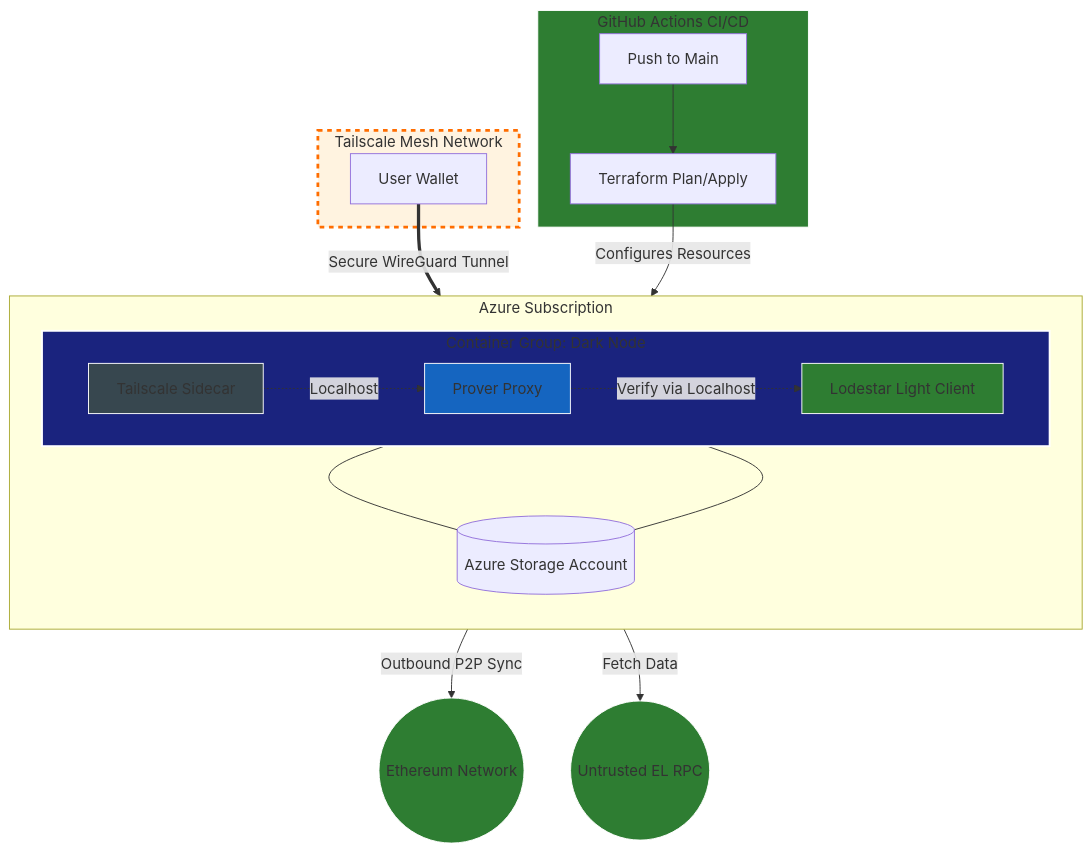
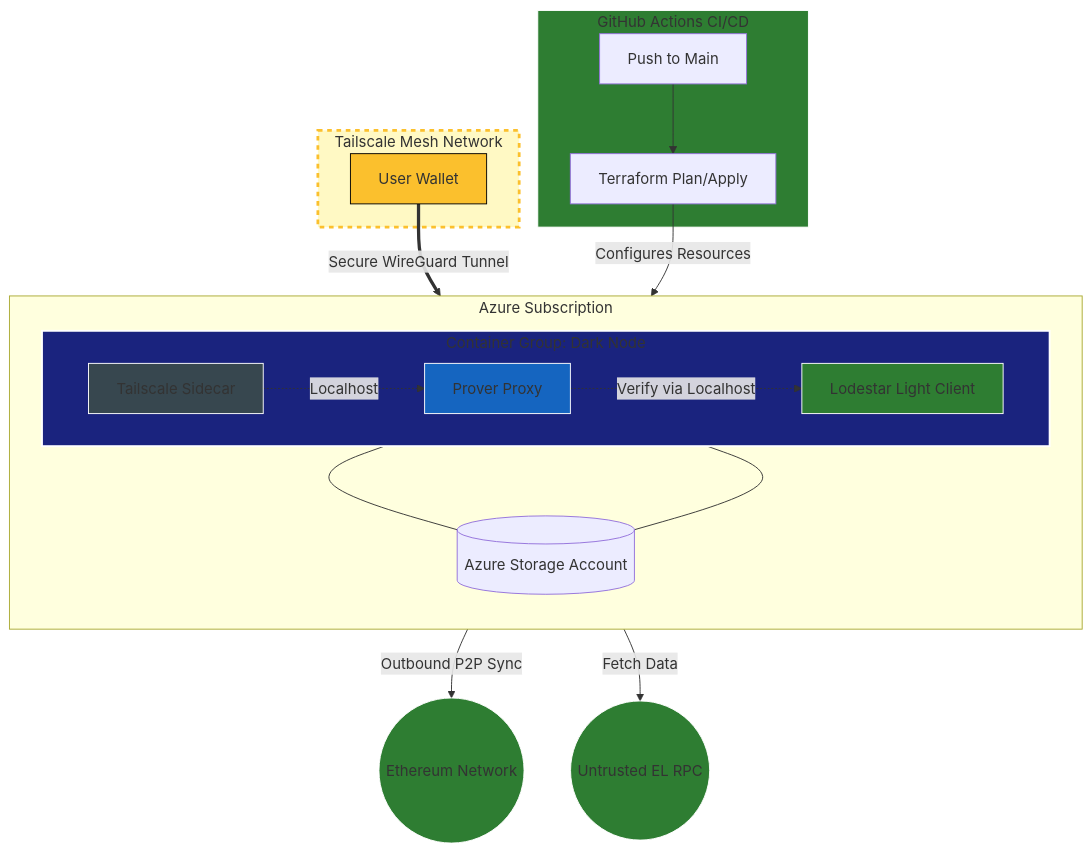
One commit to vfr750y/Cost-Optimized-Ethereum-Node-On-Azure changed the first of 3 diagrams in LowLevelDesign.md. Above: the diagram before and after it, drawn with Mermaid.

Commit message:
edit LLD

````diff
--- a/LowLevelDesign.md
+++ b/LowLevelDesign.md
@@ -20,53 +20,54 @@
 ```mermaid
 graph TD
     subgraph GitHub_Actions [GitHub Actions CI/CD]
         A[Push to Main] --> B[Terraform Plan/Apply]
     end
 
     subgraph Azure_Cloud [Azure Subscription]
         direction TB
         
         subgraph ACI_Group [Container Group: Dark Node]
             direction LR
             L[Lodestar Light Client]
             P[Prover Proxy]
             T[Tailscale Sidecar]
         end
 
         SA[(Azure Storage Account)]
     end
 
     %% Deployment Flow
     B -- "Configures Resources" --> ACI_Group
     
     %% Internet Traffic Flow (Outbound Only)
     L -- "Outbound P2P Sync" --> Internet((Ethereum Network))
     P -- "Fetch Data" --> Provider((Untrusted EL RPC))
     
     %% Storage Persistence
     L --- SA
     T --- SA
 
     %% Private Access Flow (Inbound via Tunnel)
     subgraph Private_Mesh [Tailscale Mesh Network]
         Remote_User[User Wallet]
     end
 
     Remote_User == "Secure WireGuard Tunnel" ==> T
     
     %% Internal Logic (Localhost)
     T -. "Localhost" .-> P
     P -. "Verify via Localhost" .-> L
 
     %% High-Contrast Styling
     style ACI_Group fill:#1a237e,stroke:#ffffff,stroke-width:2px,color:#ffffff %% Deep Navy Blue
-    style Private_Mesh fill:#fff3e0,stroke:#ff6d00,stroke-width:3px,stroke-dasharray: 5 5,color:#e65100 %% Vivid Orange
+    style Private_Mesh fill:#fff9c4,stroke:#fbc02d,stroke-width:3px,stroke-dasharray: 5 5,color:#000000 %% High-Vis Yellow
     
     style L fill:#2e7d32,stroke:#ffffff,color:#ffffff %% Forest Green
     style P fill:#1565c0,stroke:#ffffff,color:#ffffff %% Ocean Blue
     style T fill:#37474f,stroke:#ffffff,color:#ffffff %% Slate Grey
+    style Remote_User fill:#fbc02d,stroke:#000000,color:#000000 %% Solid Yellow with Black Text
     
     style Internet fill:#2e7d32,stroke:#ffffff,color:#ffffff %% Forest Green
     style Provider fill:#2e7d32,stroke:#ffffff,color:#ffffff %% Forest Green
     style GitHub_Actions fill:#2e7d32,stroke:#ffffff,color:#ffffff %% Forest Green
 ```    
````
